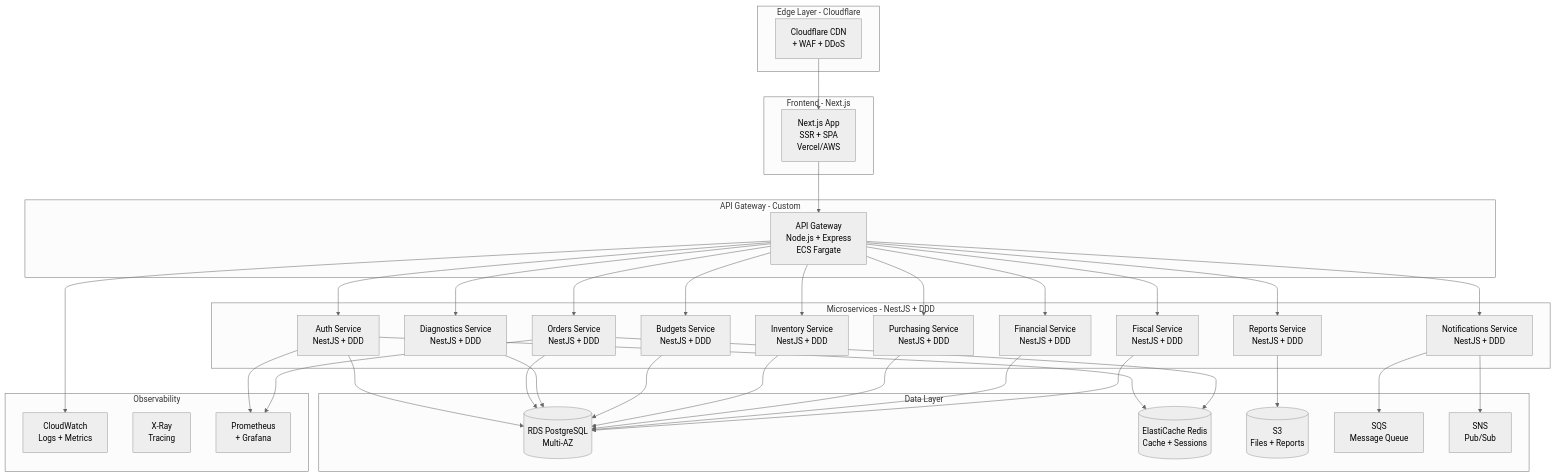
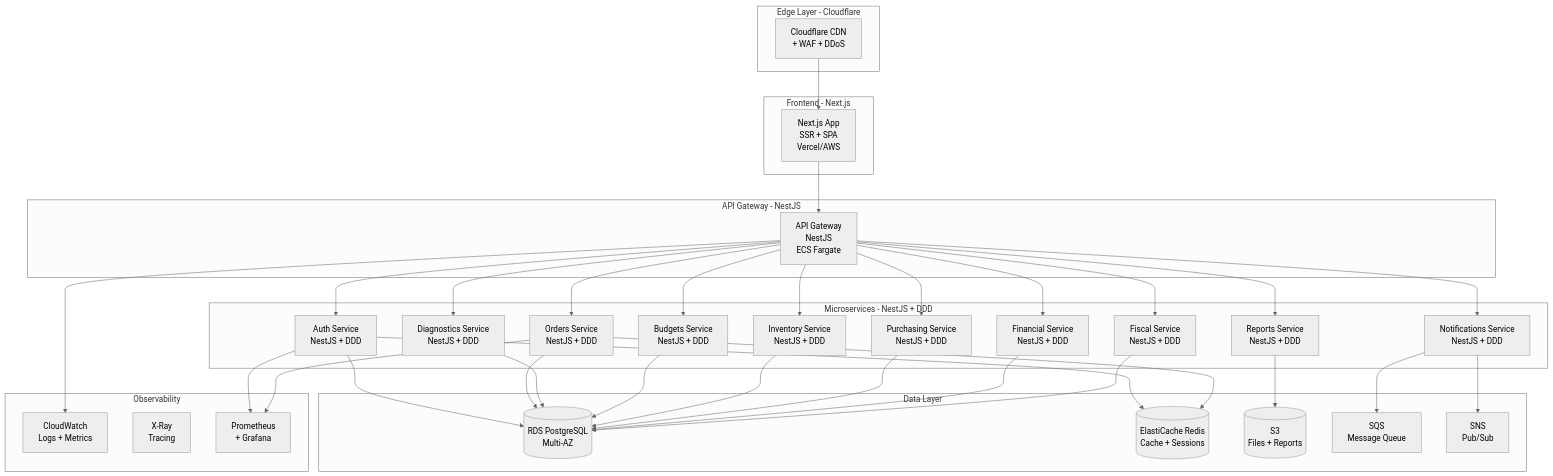
The diagram in docs/MICROSERVICES_ARCHITECTURE_V2.md (pinn-product-builder/erp-retifica-formiguense), drawn with Mermaid (neutral theme) before and after one commit. The commit also changed other lines of this file and 4 other files, not shown here.

Commit message:
refactor: Update API Gateway documentation and implementation details to reflect transition from Node.js to NestJS, enhancing clarity and consistency across architectural documents

````diff
--- a/docs/MICROSERVICES_ARCHITECTURE_V2.md
+++ b/docs/MICROSERVICES_ARCHITECTURE_V2.md
@@ -47,76 +47,76 @@
 ```mermaid
 graph TB
     subgraph "Edge Layer - Cloudflare"
         CF[Cloudflare CDN<br/>+ WAF + DDoS]
     end
     
     subgraph "Frontend - Next.js"
         NEXT[Next.js App<br/>SSR + SPA<br/>Vercel/AWS]
     end
     
-    subgraph "API Gateway - Custom"
-        GW[API Gateway<br/>Node.js + Express<br/>ECS Fargate]
+    subgraph "API Gateway - NestJS"
+        GW[API Gateway<br/>NestJS<br/>ECS Fargate]
     end
     
     subgraph "Microservices - NestJS + DDD"
         AUTH[Auth Service<br/>NestJS + DDD]
         ORDERS[Orders Service<br/>NestJS + DDD]
         DIAG[Diagnostics Service<br/>NestJS + DDD]
         BUDGET[Budgets Service<br/>NestJS + DDD]
         INV[Inventory Service<br/>NestJS + DDD]
         PURCH[Purchasing Service<br/>NestJS + DDD]
         FIN[Financial Service<br/>NestJS + DDD]
         FISC[Fiscal Service<br/>NestJS + DDD]
         NOTIF[Notifications Service<br/>NestJS + DDD]
         REP[Reports Service<br/>NestJS + DDD]
     end
     
     subgraph "Data Layer"
         RDS[(RDS PostgreSQL<br/>Multi-AZ)]
         REDIS[(ElastiCache Redis<br/>Cache + Sessions)]
         S3[(S3<br/>Files + Reports)]
         SQS[SQS<br/>Message Queue]
         SNS[SNS<br/>Pub/Sub]
     end
     
     subgraph "Observability"
         CW[CloudWatch<br/>Logs + Metrics]
         XRAY[X-Ray<br/>Tracing]
         PROM[Prometheus<br/>+ Grafana]
     end
     
     CF --> NEXT
     NEXT --> GW
     
     GW --> AUTH
     GW --> ORDERS
     GW --> DIAG
     GW --> BUDGET
     GW --> INV
     GW --> PURCH
     GW --> FIN
     GW --> FISC
     GW --> NOTIF
     GW --> REP
     
     AUTH --> RDS
     ORDERS --> RDS
     DIAG --> RDS
     BUDGET --> RDS
     INV --> RDS
     PURCH --> RDS
     FIN --> RDS
     FISC --> RDS
     
     AUTH --> REDIS
     ORDERS --> REDIS
     
     NOTIF --> SQS
     NOTIF --> SNS
     
     REP --> S3
     
     GW --> CW
     AUTH --> PROM
     ORDERS --> PROM
 ```
````
